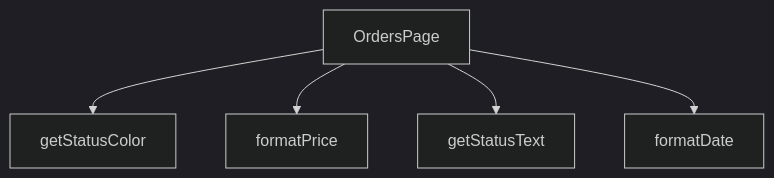
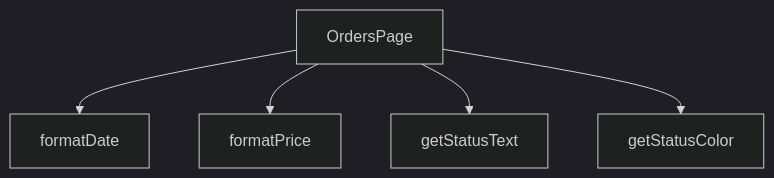
Before and after one commit to peckop/venthub-hvac-esite: the diagram in src/views/OrdersPage.md, drawn with Mermaid (dark theme). The commit also changed other lines of this file and 29 other files, not shown here.

````diff
--- a/src/views/OrdersPage.md
+++ b/src/views/OrdersPage.md
@@ -230,12 +331,12 @@
 ```mermaid
 graph TD
     OrdersPage_tsx__OrdersPage["OrdersPage"]
     OrdersPage_tsx__formatDate["formatDate"]
     OrdersPage_tsx__formatPrice["formatPrice"]
     OrdersPage_tsx__getStatusColor["getStatusColor"]
     OrdersPage_tsx__getStatusText["getStatusText"]
-    OrdersPage_tsx__OrdersPage --> OrdersPage_tsx__getStatusColor
+    OrdersPage_tsx__OrdersPage --> OrdersPage_tsx__formatDate
     OrdersPage_tsx__OrdersPage --> OrdersPage_tsx__formatPrice
     OrdersPage_tsx__OrdersPage --> OrdersPage_tsx__getStatusText
-    OrdersPage_tsx__OrdersPage --> OrdersPage_tsx__formatDate
+    OrdersPage_tsx__OrdersPage --> OrdersPage_tsx__getStatusColor
 ```
````
